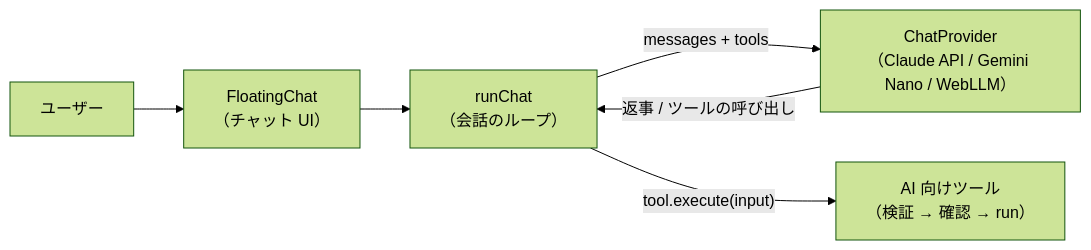
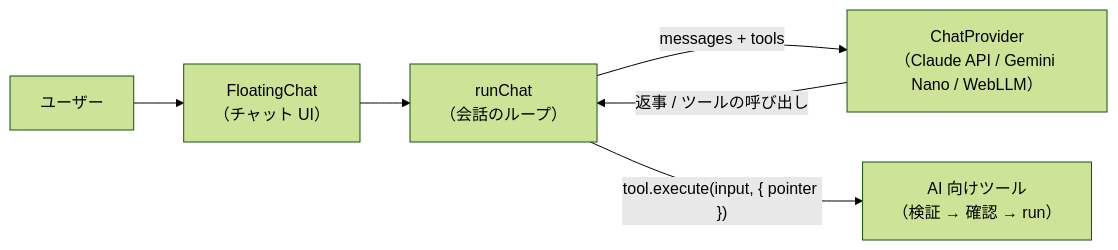
The diagram in docs/assistant.md (fujibayashi-ast/ai-friendly), drawn with Mermaid (forest theme) before and after one commit. The commit also changed other lines of this file and 8 other files, not shown here.

````diff
--- a/docs/assistant.md
+++ b/docs/assistant.md
@@ -5,8 +5,8 @@
 ```mermaid
 flowchart LR
   User["ユーザー"] --> Chat["FloatingChat<br>（チャット UI）"]
   Chat --> Loop["runChat<br>（会話のループ）"]
   Loop -- "messages + tools" --> Provider["ChatProvider<br>（Claude API / Gemini Nano / WebLLM）"]
   Provider -- "返事 / ツールの呼び出し" --> Loop
-  Loop -- "tool.execute(input)" --> Tools["AI 向けツール<br>（検証 → 確認 → run）"]
+  Loop -- "tool.execute(input, { pointer })" --> Tools["AI 向けツール<br>（検証 → 確認 → run）"]
 ```
````
